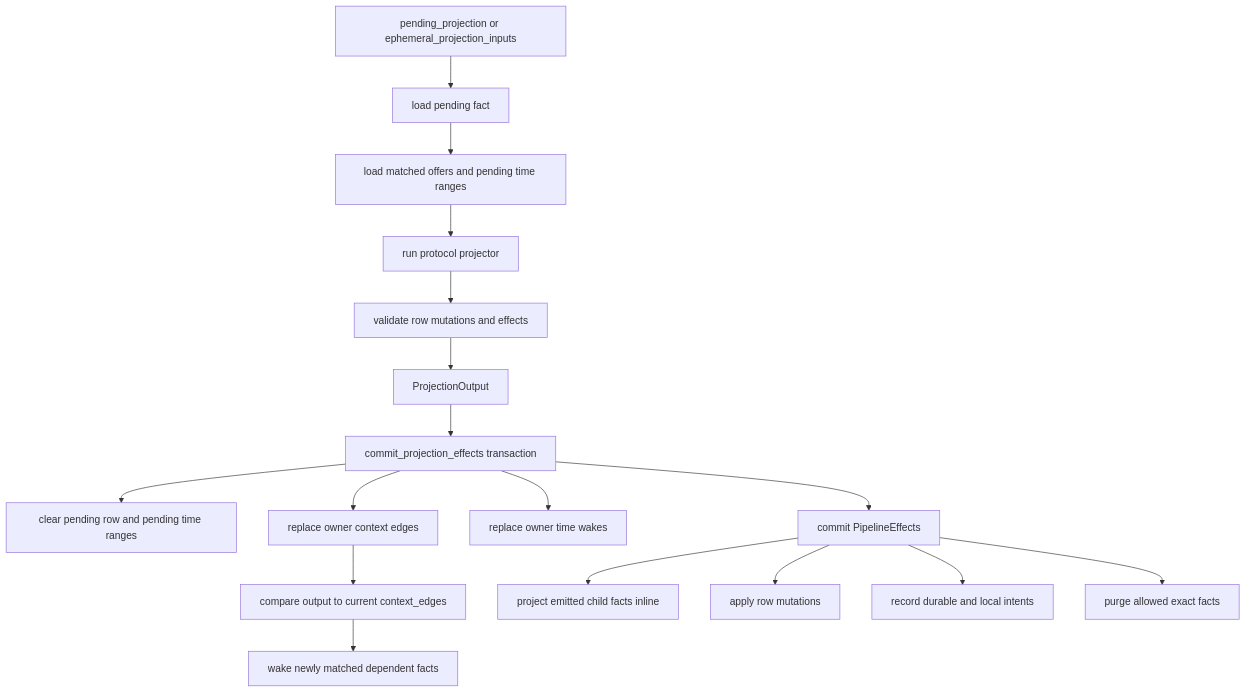
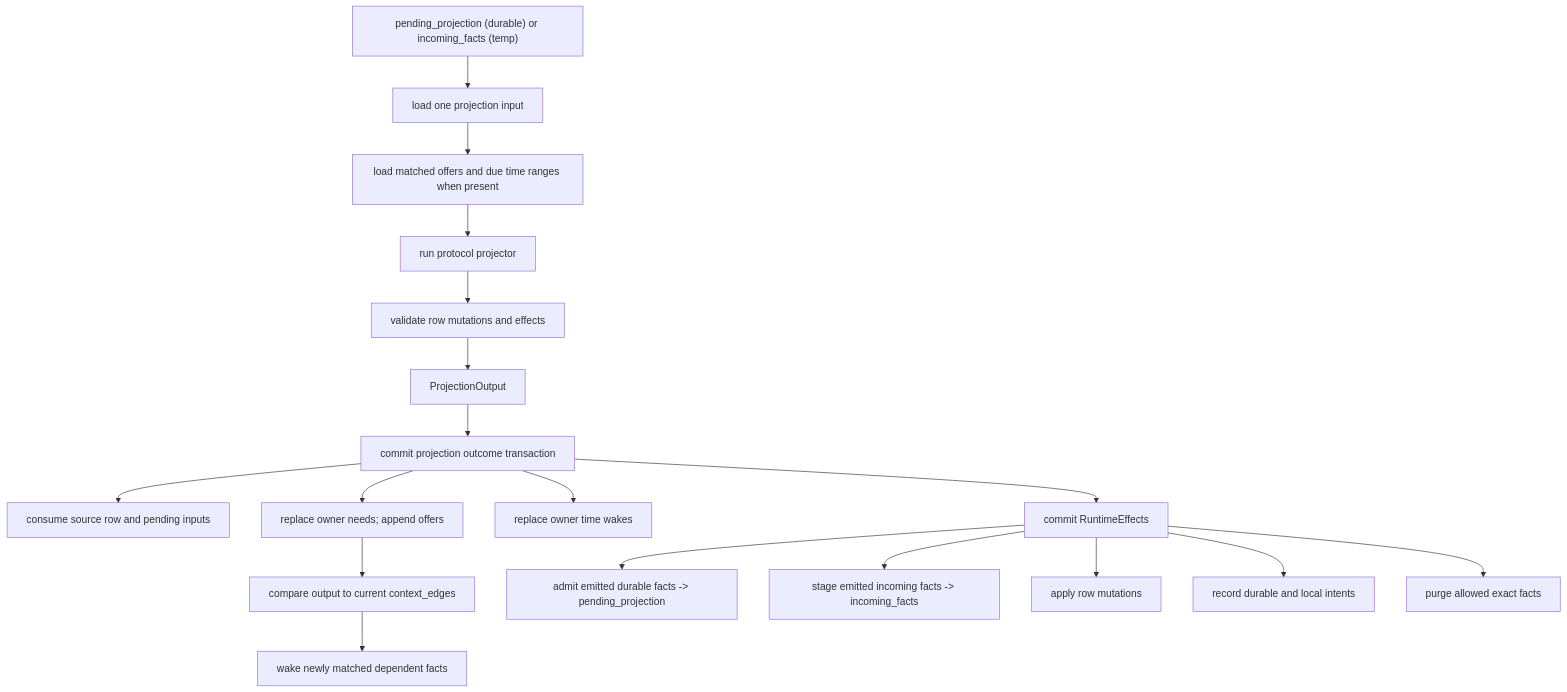
The first of 5 diagrams in ARCHITECTURE_DIAGRAMS_ALT.md (holmesworcester/poc-10), drawn with Mermaid before and after one commit. The commit also changed other lines of this file and 2 other files, not shown here.

Commit message:
Update runtime architecture diagrams

````diff
--- a/ARCHITECTURE_DIAGRAMS_ALT.md
+++ b/ARCHITECTURE_DIAGRAMS_ALT.md
@@ -15,22 +17,23 @@
 ```mermaid
 %%{init: {"flowchart": {"wrappingWidth": 300}} }%%
 flowchart TD
-    PENDING["pending_projection or ephemeral_projection_inputs"] --> LOAD["load pending fact"]
-    LOAD --> MATCHED["load matched offers and pending time ranges"]
+    PENDING["pending_projection (durable) or incoming_facts (temp)"] --> LOAD["load one projection input"]
+    LOAD --> MATCHED["load matched offers and due time ranges when present"]
     MATCHED --> RUN["run protocol projector"]
     RUN --> VALIDATE["validate row mutations and effects"]
     VALIDATE --> OUTPUT["ProjectionOutput"]
 
-    OUTPUT --> COMMIT["commit_projection_effects transaction"]
-    COMMIT --> CLEAR["clear pending row and pending time ranges"]
-    COMMIT --> REPLACE_CONTEXT["replace owner context edges"]
+    OUTPUT --> COMMIT["commit projection outcome transaction"]
+    COMMIT --> CLEAR["consume source row and pending inputs"]
+    COMMIT --> REPLACE_CONTEXT["replace owner needs; append offers"]
     REPLACE_CONTEXT --> DELTA["compare output to current context_edges"]
     COMMIT --> REPLACE_WAKES["replace owner time wakes"]
     DELTA --> WAKE["wake newly matched dependent facts"]
-    COMMIT --> EFFECTS["commit PipelineEffects"]
+    COMMIT --> EFFECTS["commit RuntimeEffects"]
 
-    EFFECTS --> CHILD_FACTS["project emitted child facts inline"]
+    EFFECTS --> CHILD_FACTS["admit emitted durable facts -> pending_projection"]
+    EFFECTS --> INCOMING["stage emitted incoming facts -> incoming_facts"]
     EFFECTS --> ROWS["apply row mutations"]
     EFFECTS --> INTENTS["record durable and local intents"]
     EFFECTS --> PURGES["purge allowed exact facts"]
 ```
````
